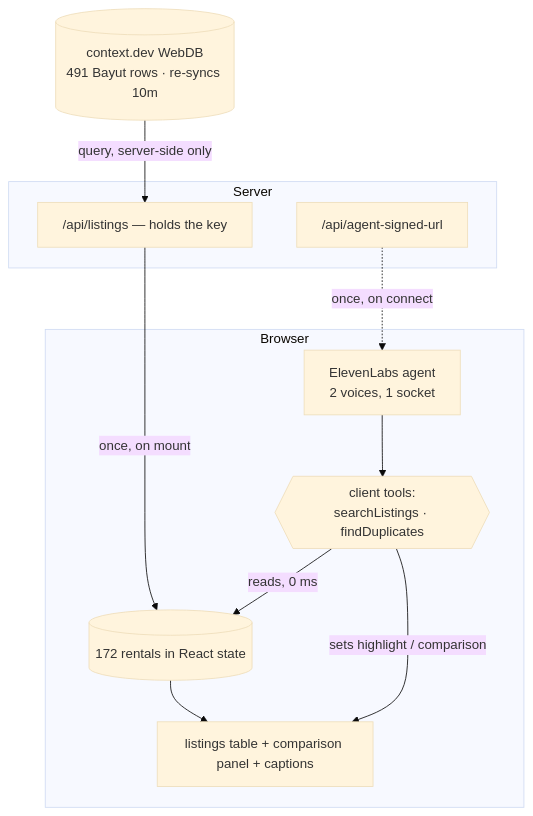
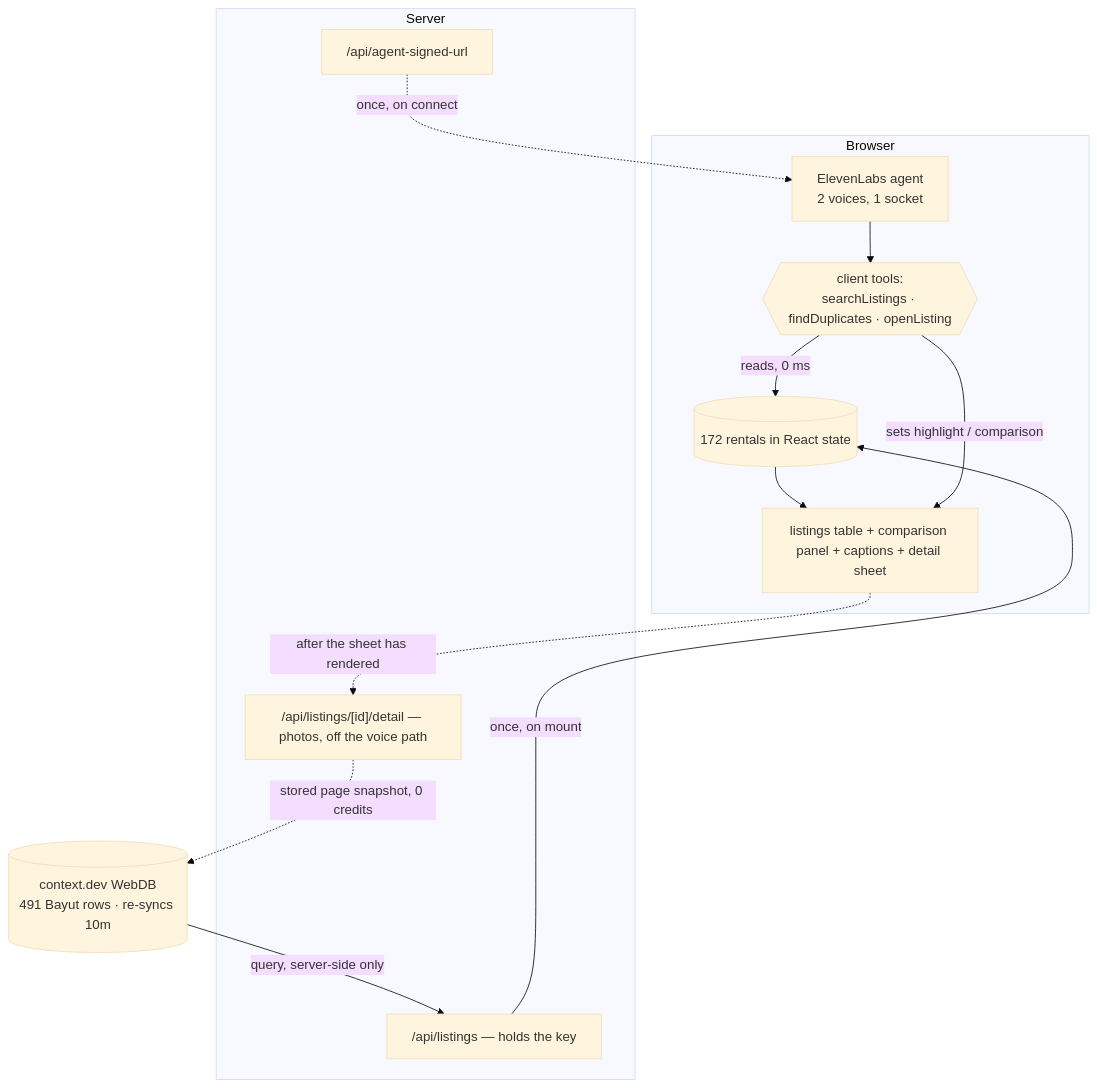
Before and after one commit to andreteow/dubai-voice-hackathon: the diagram in TECH-SPEC.md, drawn with Mermaid (base theme). The commit also changed other lines of this file and 22 other files, not shown here.

First line of the commit message:
feat(listing): open a listing, and pause instead of hanging up

````diff
--- a/TECH-SPEC.md
+++ b/TECH-SPEC.md
@@ -62,22 +62,25 @@
 ```mermaid
 flowchart TD
     subgraph Browser
         MEM[(172 rentals in React state)]
-        CT{{"client tools:<br/>searchListings · findDuplicates"}}
+        CT{{"client tools:<br/>searchListings · findDuplicates · openListing"}}
         EL[ElevenLabs agent<br/>2 voices, 1 socket]
-        UI[listings table + comparison panel + captions]
+        UI[listings table + comparison panel + captions + detail sheet]
     end
     subgraph Server
         API["/api/listings — holds the key"]
         SU["/api/agent-signed-url"]
+        DT["/api/listings/[id]/detail — photos, off the voice path"]
     end
     CTX[("context.dev WebDB<br/>491 Bayut rows · re-syncs 10m")]
 
     CTX -->|query, server-side only| API
     API -->|once, on mount| MEM
     MEM --> UI
     EL --> CT
     CT -->|reads, 0 ms| MEM
     CT -->|sets highlight / comparison| UI
     SU -.->|once, on connect| EL
+    UI -.->|after the sheet has rendered| DT
+    DT -.->|stored page snapshot, 0 credits| CTX
 ```
````
